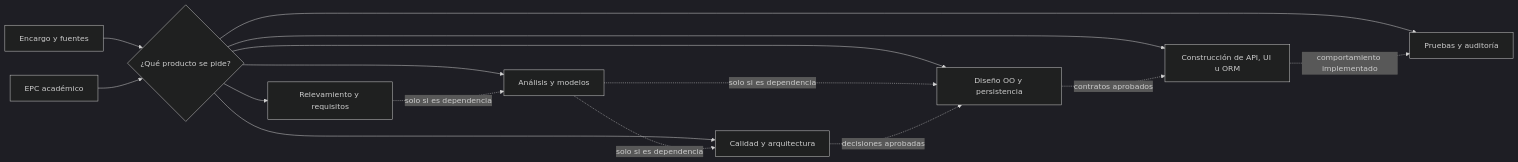
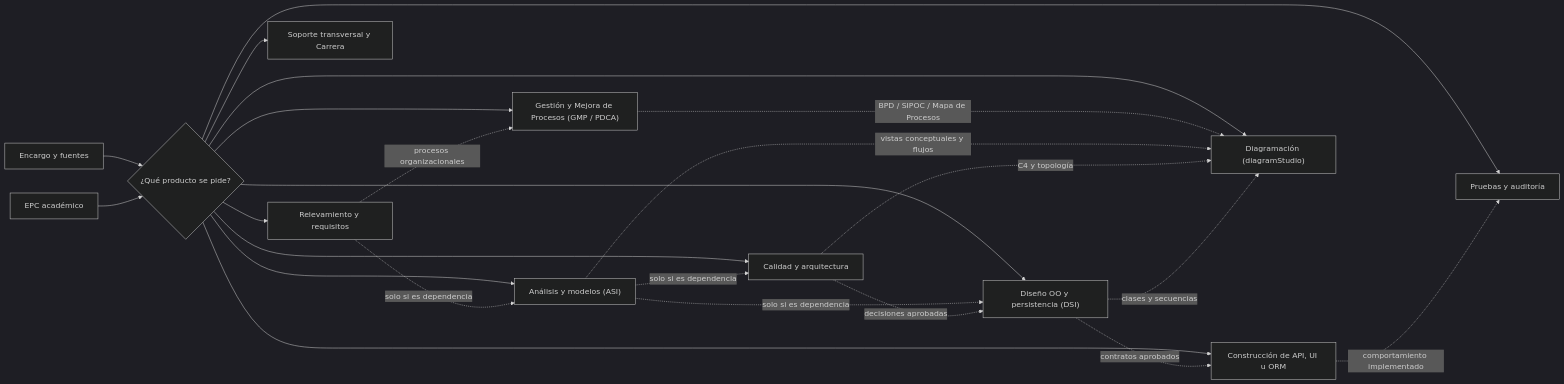
Before and after one commit to MartinG94/skills: the diagram in GUIA.md, drawn with Mermaid (dark theme). The commit also changed other lines of this file, not shown here.

Commit message:
docs: actualizar GUIA.md con catalogo de 27 skills, suite GMP y diagramStudio

````diff
--- a/GUIA.md
+++ b/GUIA.md
@@ -48,19 +48,27 @@
 ```mermaid
 flowchart LR
     INPUT["Encargo y fuentes"] --> SELECT{"¿Qué producto se pide?"}
     EPC["EPC académico"] --> SELECT
 
     SELECT --> R["Relevamiento y requisitos"]
-    SELECT --> A["Análisis y modelos"]
+    SELECT --> A["Análisis y modelos (ASI)"]
     SELECT --> Q["Calidad y arquitectura"]
-    SELECT --> D["Diseño OO y persistencia"]
+    SELECT --> D["Diseño OO y persistencia (DSI)"]
     SELECT --> C["Construcción de API, UI u ORM"]
     SELECT --> T["Pruebas y auditoría"]
+    SELECT --> GMP["Gestión y Mejora de Procesos (GMP / PDCA)"]
+    SELECT --> DIA["Diagramación (diagramStudio)"]
+    SELECT --> SOP["Soporte transversal y Carrera"]
 
     R -. solo si es dependencia .-> A
+    R -. procesos organizacionales .-> GMP
     A -. solo si es dependencia .-> Q
     A -. solo si es dependencia .-> D
     Q -. decisiones aprobadas .-> D
     D -. contratos aprobados .-> C
     C -. comportamiento implementado .-> T
+    GMP -. BPD / SIPOC / Mapa de Procesos .-> DIA
+    A -. vistas conceptuales y flujos .-> DIA
+    Q -. C4 y topología .-> DIA
+    D -. clases y secuencias .-> DIA
 ```
````
